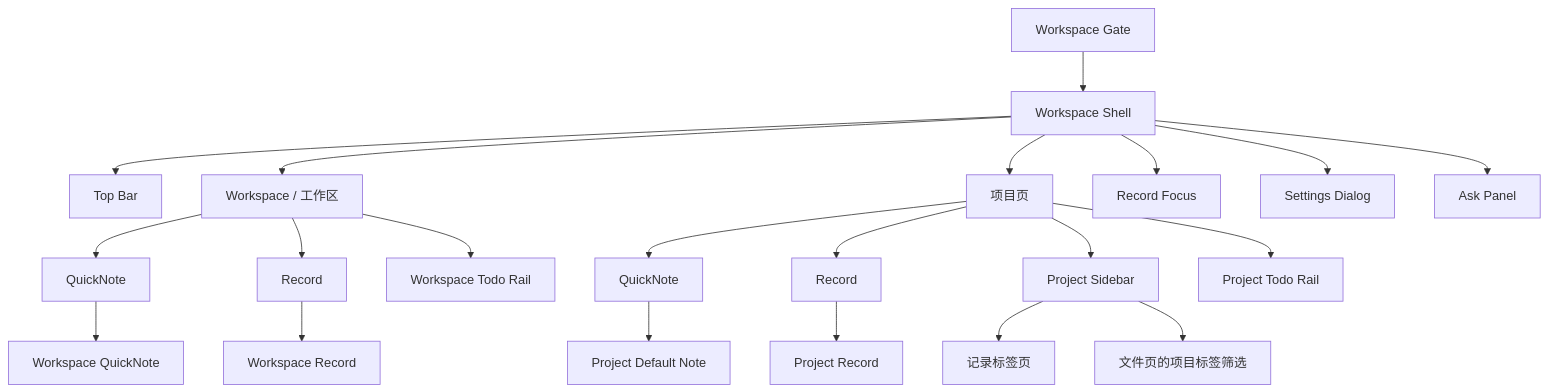
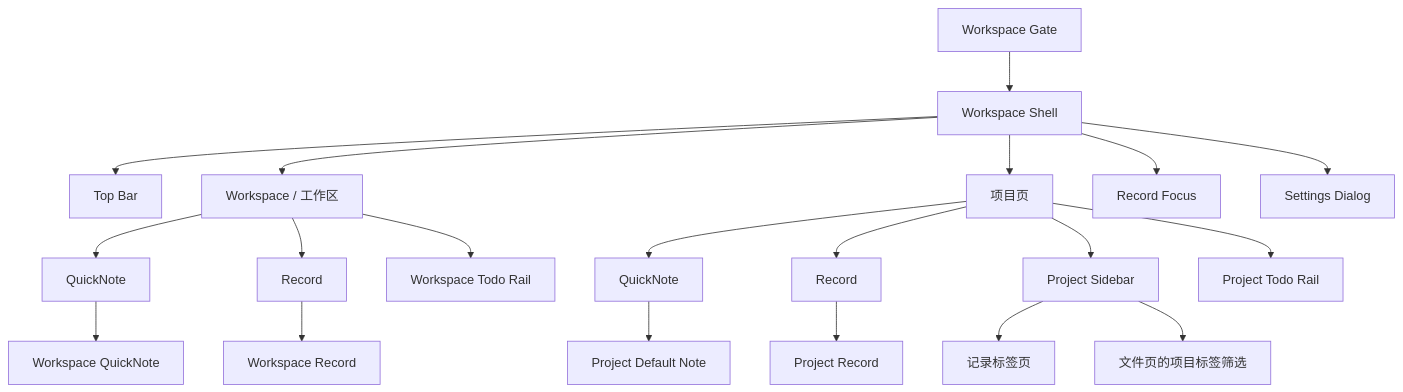
Before and after one commit to xuchen-cloud/project_mind: the diagram in docs/alpha-ux.md, drawn with Mermaid. The commit also changed other lines of this file and 62 other files, not shown here.

````diff
--- a/docs/alpha-ux.md
+++ b/docs/alpha-ux.md
@@ -25,23 +25,22 @@
 ```mermaid
 flowchart TD
   A["Workspace Gate"] --> B["Workspace Shell"]
   B --> C["Top Bar"]
   B --> D["Workspace / 工作区"]
   B --> E["项目页"]
   B --> F["Record Focus"]
   B --> G["Settings Dialog"]
-  B --> H["Ask Panel"]
   D --> I["QuickNote"]
   D --> J["Record"]
   I --> L["Workspace QuickNote"]
   J --> M["Workspace Record"]
   D --> N["Workspace Todo Rail"]
   E --> O["QuickNote"]
   E --> P["Record"]
   O --> Q["Project Default Note"]
   P --> R["Project Record"]
   E --> S["Project Sidebar"]
   E --> T["Project Todo Rail"]
   S --> U["记录标签页"]
   S --> V["文件页的项目标签筛选"]
 ```
````
